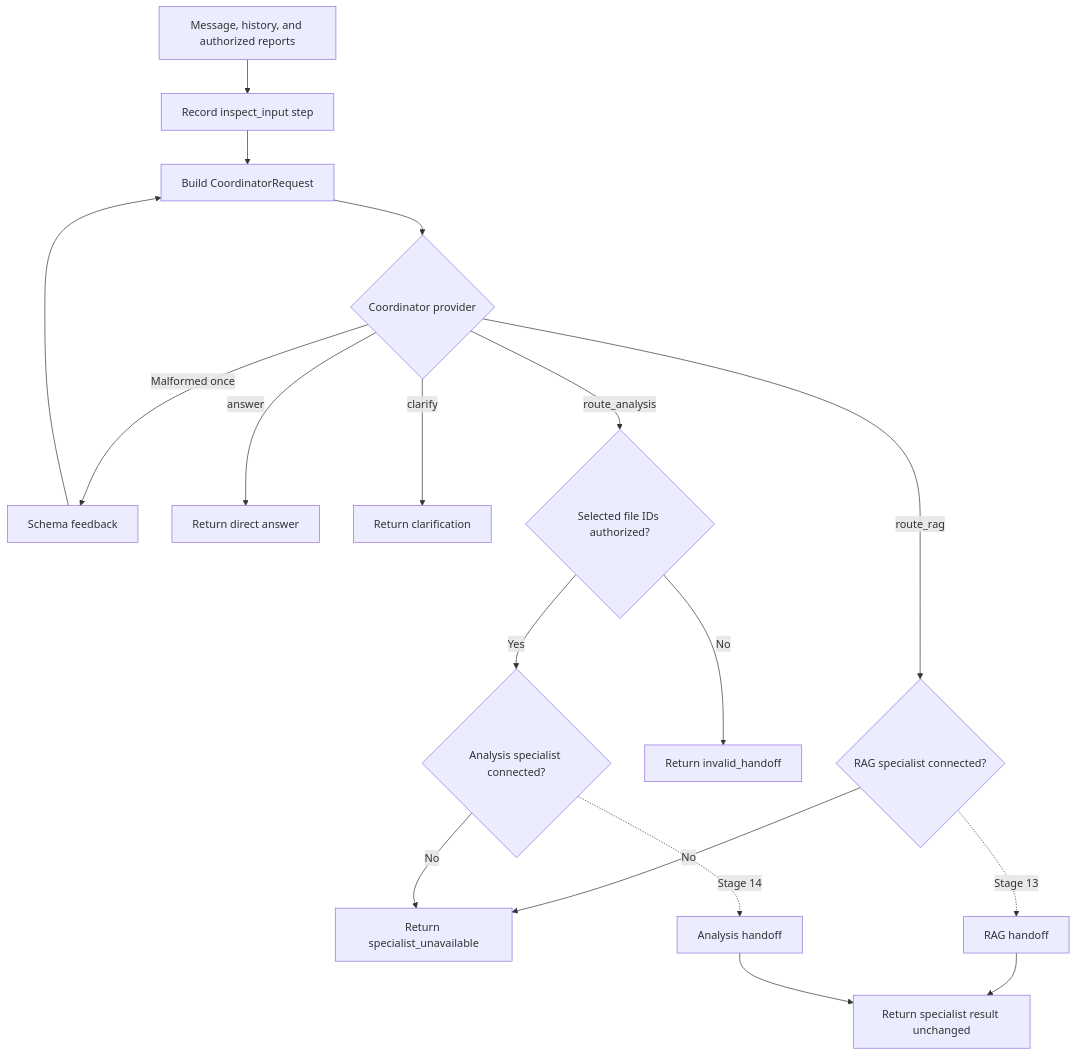
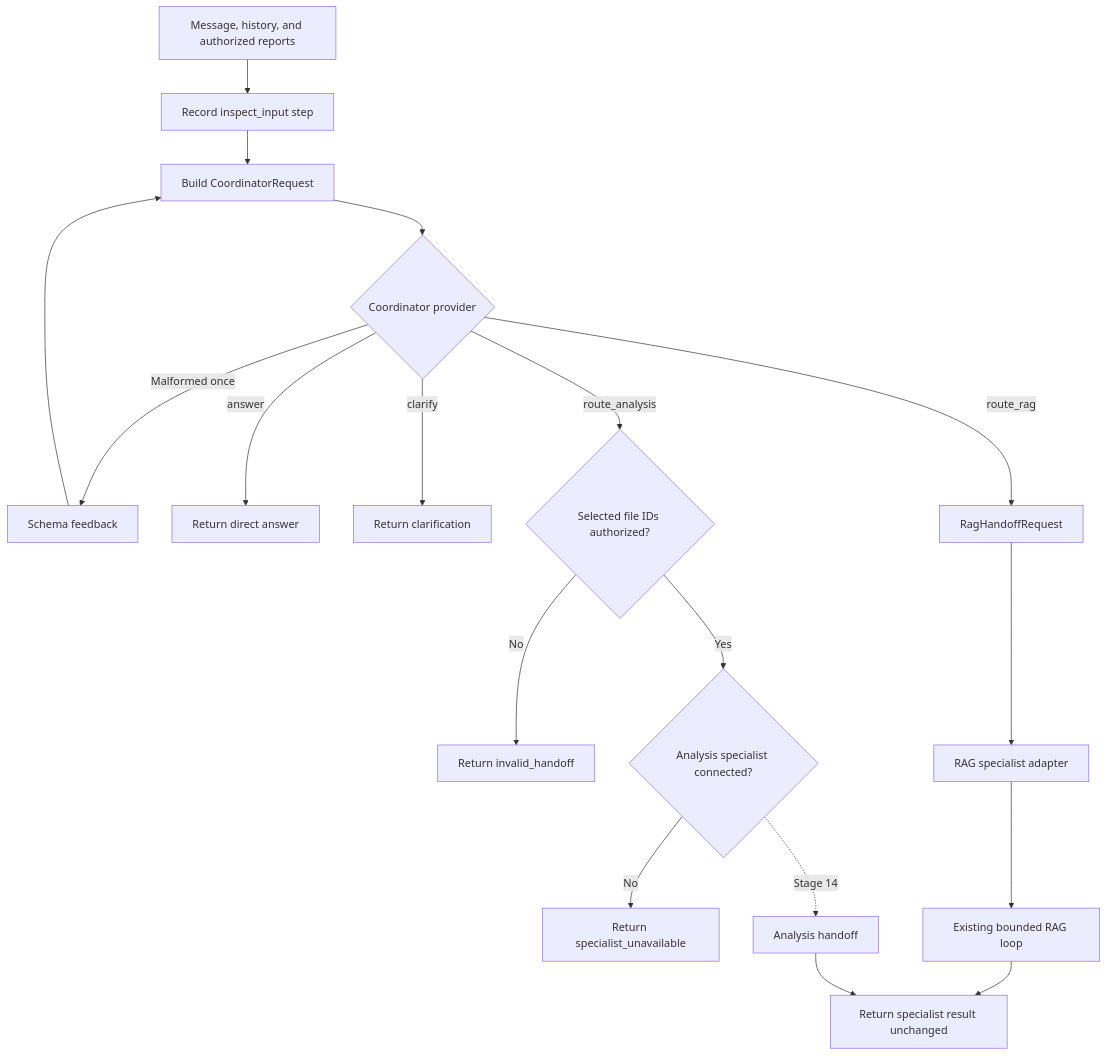
Before and after one commit to govtech-responsibleai/agentic-eval-toyapp: the eighth of 15 diagrams in architecture.md, drawn with Mermaid. The commit also changed other lines of this file and 9 other files, not shown here.

Commit message:
feat(toyapp): delegate policy tasks to RAG

````diff
--- a/architecture.md
+++ b/architecture.md
@@ -441,20 +455,20 @@
 ```mermaid
 flowchart TD
     Turn[Message, history, and authorized reports] --> Inspect[Record inspect_input step]
     Inspect --> Request[Build CoordinatorRequest]
     Request --> Provider{Coordinator provider}
     Provider -->|Malformed once| Repair[Schema feedback]
     Repair --> Request
     Provider -->|answer| Direct[Return direct answer]
     Provider -->|clarify| Clarify[Return clarification]
-    Provider -->|route_rag| RAGCheck{RAG specialist connected?}
+    Provider -->|route_rag| RAG[RagHandoffRequest]
     Provider -->|route_analysis| Files{Selected file IDs authorized?}
     Files -->|No| Invalid[Return invalid_handoff]
     Files -->|Yes| AnalysisCheck{Analysis specialist connected?}
-    RAGCheck -->|No| Unavailable[Return specialist_unavailable]
-    AnalysisCheck -->|No| Unavailable
-    RAGCheck -. Stage 13 .-> RAG[RAG handoff]
+    AnalysisCheck -->|No| Unavailable[Return specialist_unavailable]
+    RAG --> Adapter[RAG specialist adapter]
+    Adapter --> Policy[Existing bounded RAG loop]
+    Policy --> Return[Return specialist result unchanged]
     AnalysisCheck -. Stage 14 .-> Analysis[Analysis handoff]
-    RAG --> Return[Return specialist result unchanged]
     Analysis --> Return
 ```
````
